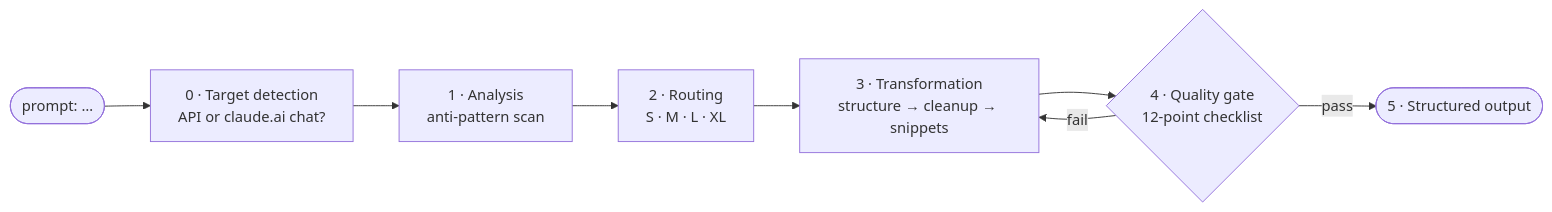
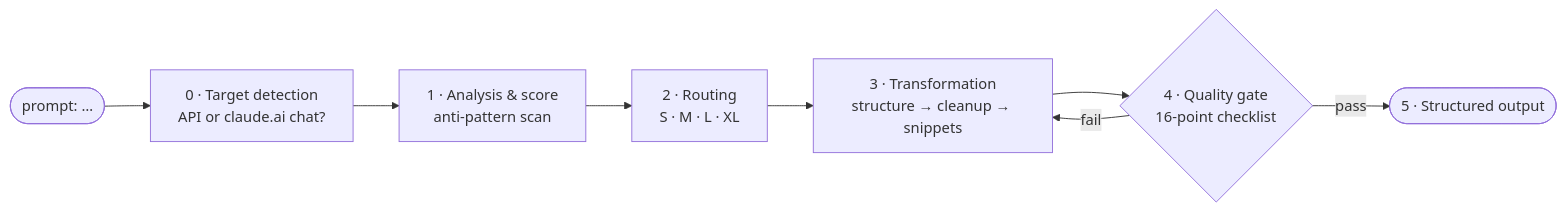
Before and after one commit to CheswickDEV/claude-fable-5-prompt-optimizer: the diagram in README.md, drawn with Mermaid. The commit also changed other lines of this file and 8 other files, not shown here.

````diff
--- a/README.md
+++ b/README.md
@@ -207,10 +218,10 @@
 ```mermaid
 flowchart LR
     IN(["prompt: …"]) --> P0["0 · Target detection<br/>API or claude.ai chat?"]
-    P0 --> P1["1 · Analysis<br/>anti-pattern scan"]
+    P0 --> P1["1 · Analysis &amp; score<br/>anti-pattern scan"]
     P1 --> P2["2 · Routing<br/>S · M · L · XL"]
     P2 --> P3["3 · Transformation<br/>structure → cleanup → snippets"]
-    P3 --> P4{"4 · Quality gate<br/>12-point checklist"}
+    P3 --> P4{"4 · Quality gate<br/>16-point checklist"}
     P4 -- fail --> P3
     P4 -- pass --> P5(["5 · Structured output"])
 ```
````
